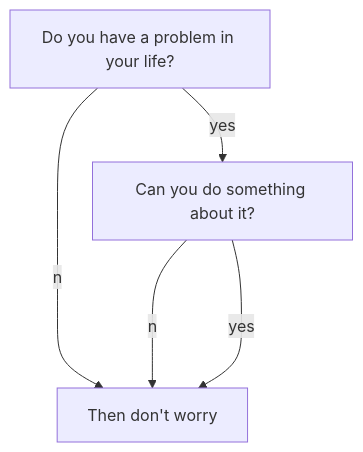
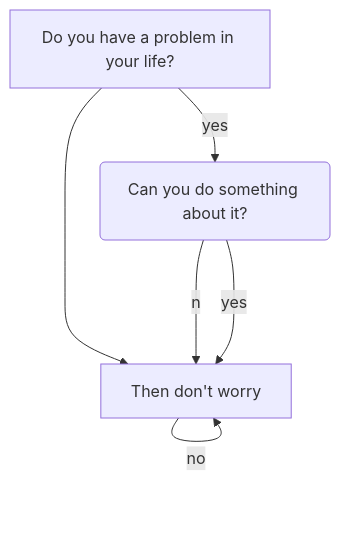
Before and after one commit to imaxu/imaxu.github.io: the second of 4 diagrams in _posts/2025-05-10-mosfet-switch-circuit.md, drawn with Mermaid. The commit also changed other lines of this file, not shown here.

````diff
--- a/_posts/2025-05-10-mosfet-switch-circuit.md
+++ b/_posts/2025-05-10-mosfet-switch-circuit.md
@@ -38,10 +38,10 @@
 ```mermaid
 graph TB;
     A[Do you have a problem in your life?]
     B[Then don't worry]
-    C[Can you do something about it?]
-    A--no-->B;
+    C(Can you do something about it?)
+    A --> B -- no -->B;
     A--yes-->C;
     C--no-->B;
     C--yes-->B;
 ```
````
